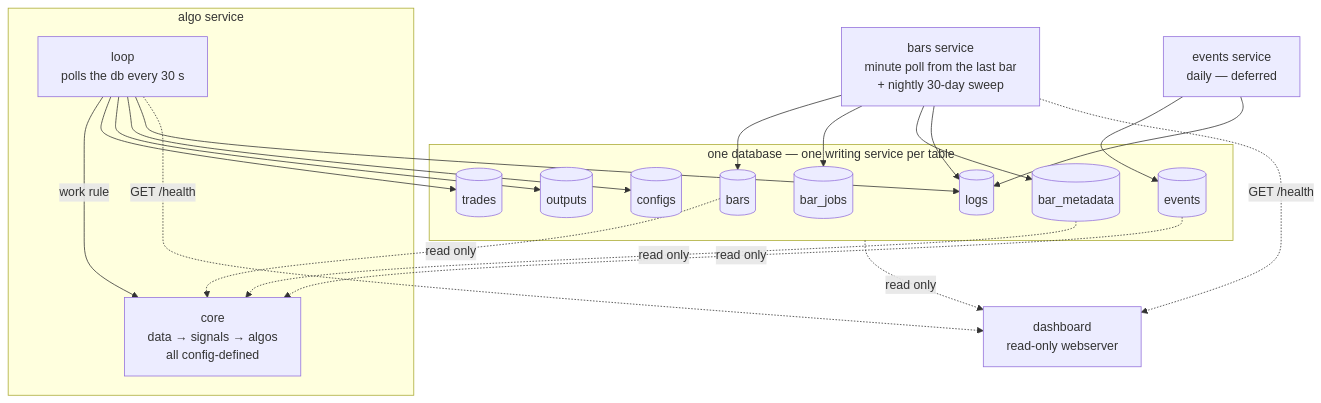
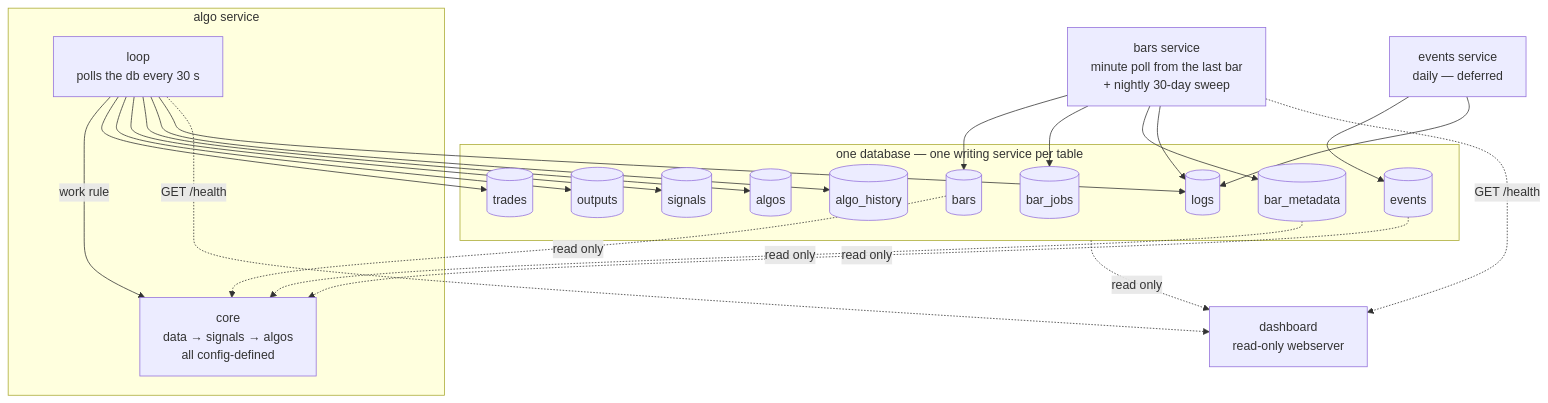
The diagram in design.md (dongurihouse/trader), drawn with Mermaid before and after one commit. The commit also changed other lines of this file and 9 other files, not shown here.

Commit message:
Replace global versions with algo history

````diff
--- a/design.md
+++ b/design.md
@@ -393,36 +405,40 @@
 ```mermaid
 flowchart TB
     BARS[bars service<br/>minute poll from the last bar<br/>+ nightly 30-day sweep]
     EVENTS[events service<br/>daily — deferred]
 
     BARS --> BT[(bars)]
     BARS --> BJ[(bar_jobs)]
     BARS --> BM[(bar_metadata)]
     EVENTS --> ET[(events)]
 
     subgraph DB [one database — one writing service per table]
         BT
         BJ
         BM
         ET
         TR[(trades)]
         OUT[(outputs)]
-        CFG[(configs)]
+        SIG[(signals)]
+        ALG[(algos)]
+        AH[(algo_history)]
         LG[(logs)]
     end
 
     subgraph ALGO [algo service]
         LOOP[loop<br/>polls the db every 30 s] -- work rule --> CORE[core<br/>data → signals → algos<br/>all config-defined]
     end
 
     BT -. read only .-> CORE
     BM -. read only .-> CORE
     ET -. read only .-> CORE
     LOOP --> TR
     LOOP --> OUT
-    LOOP --> CFG
+    LOOP --> SIG
+    LOOP --> ALG
+    LOOP --> AH
     BARS & EVENTS & LOOP --> LG
     DB -. read only .-> DASH[dashboard<br/>read-only webserver]
     BARS -. GET /health .-> DASH
     LOOP -. GET /health .-> DASH
 ```
````
